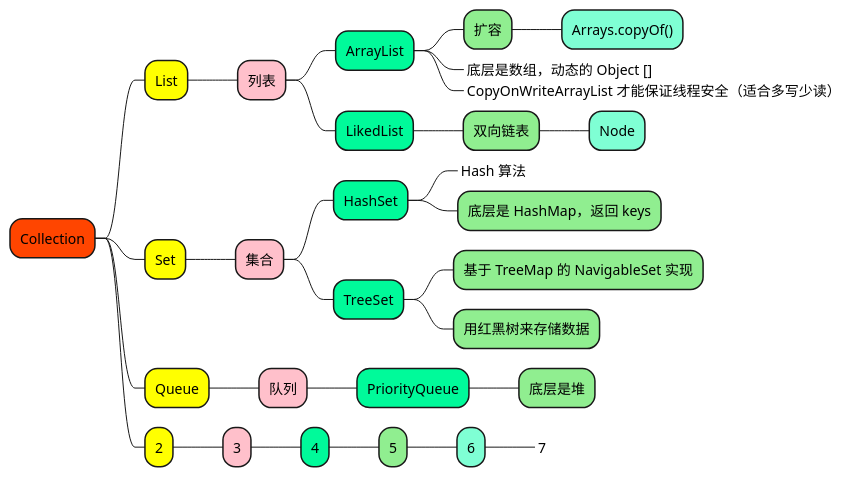
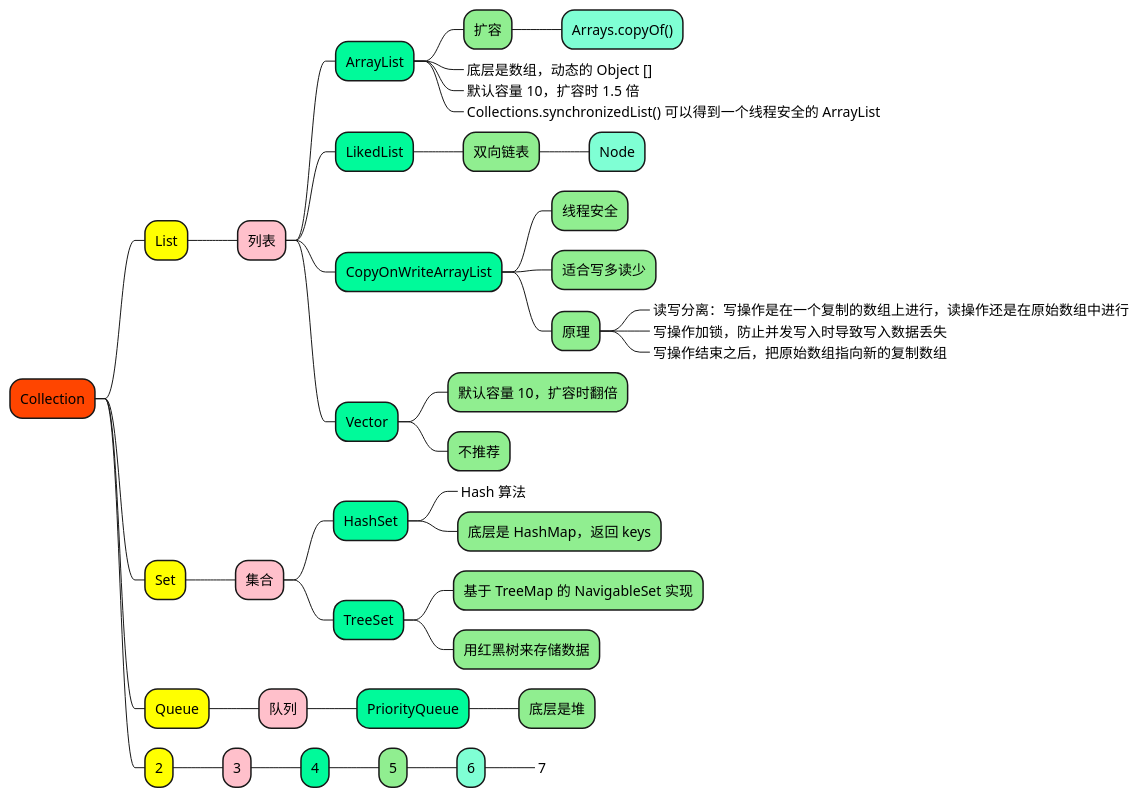
One commit to doveg/self-cultivation-of-a-software-engineer changed the diagram in 1_map/1-java/Java-collection.puml. Above: the diagram before and after it, drawn with PlantUML. The commit also changed 6 other files, not shown here.

```diff
--- a/1_map/1-java/Java-collection.puml
+++ b/1_map/1-java/Java-collection.puml
@@ -1,62 +1,74 @@
 @startmindmap
 
 +[#OrangeRed] Collection
 
 ++[#yellow] List
 
 +++[#Pink] 列表
 
 ++++[#MediumSpringGreen] ArrayList
 +++++[#LightGreen] 扩容
 ++++++[#Aquamarine] Arrays.copyOf()
-+++++[#MediumSpringGreen]_ 底层是数组，动态的 Object []
-+++++[#MediumSpringGreen]_ CopyOnWriteArrayList 才能保证线程安全（适合多写少读）
++++++[#LightGreen]_ 底层是数组，动态的 Object []
++++++[#LightGreen]_ 默认容量 10，扩容时 1.5 倍
++++++[#LightGreen]_ Collections.synchronizedList() 可以得到一个线程安全的 ArrayList
 
 ++++[#MediumSpringGreen] LikedList
 +++++[#LightGreen] 双向链表
 ++++++[#Aquamarine] Node
 
+++++[#MediumSpringGreen] CopyOnWriteArrayList
++++++[#LightGreen] 线程安全
++++++[#LightGreen] 适合写多读少
++++++[#LightGreen] 原理
+++++++[#Aquamarine]_ 读写分离：写操作是在一个复制的数组上进行，读操作还是在原始数组中进行
+++++++[#Aquamarine]_ 写操作加锁，防止并发写入时导致写入数据丢失
+++++++[#Aquamarine]_ 写操作结束之后，把原始数组指向新的复制数组
+
+++++[#MediumSpringGreen] Vector
++++++[#LightGreen] 默认容量 10，扩容时翻倍
++++++[#LightGreen] 不推荐
 
 
 
 ++[#yellow] Set
 
 +++[#Pink] 集合
 
 ++++[#MediumSpringGreen] HashSet
 +++++[#LightGreen]_ Hash 算法
 +++++[#LightGreen] 底层是 HashMap，返回 keys
 
 ++++[#MediumSpringGreen] TreeSet
 +++++[#LightGreen] 基于 TreeMap 的 NavigableSet 实现
 +++++[#LightGreen] 用红黑树来存储数据
 
 
 
 
 ++[#yellow] Queue
 
 +++[#Pink] 队列
 
 ++++[#MediumSpringGreen] PriorityQueue
 +++++[#LightGreen] 底层是堆
 
 
 
 
 
 
 ++[#yellow] 2
 
 +++[#Pink] 3
 
 ++++[#MediumSpringGreen] 4
 +++++[#LightGreen] 5
 ++++++[#Aquamarine] 6
 +++++++[#Aquamarine]_ 7
 
 
 
 
 
 @endmindmap
```
